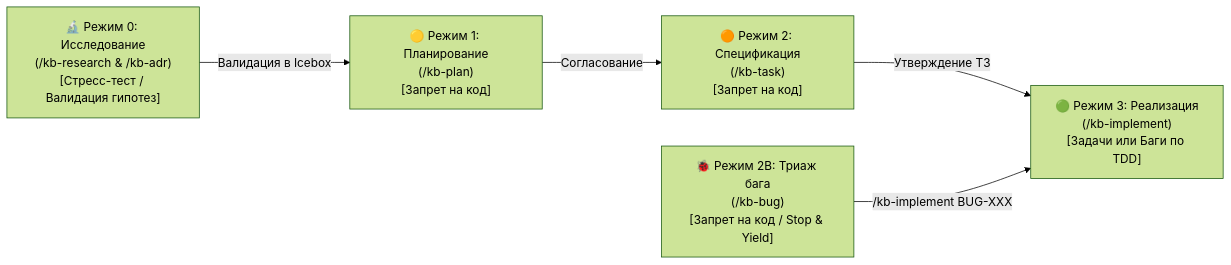
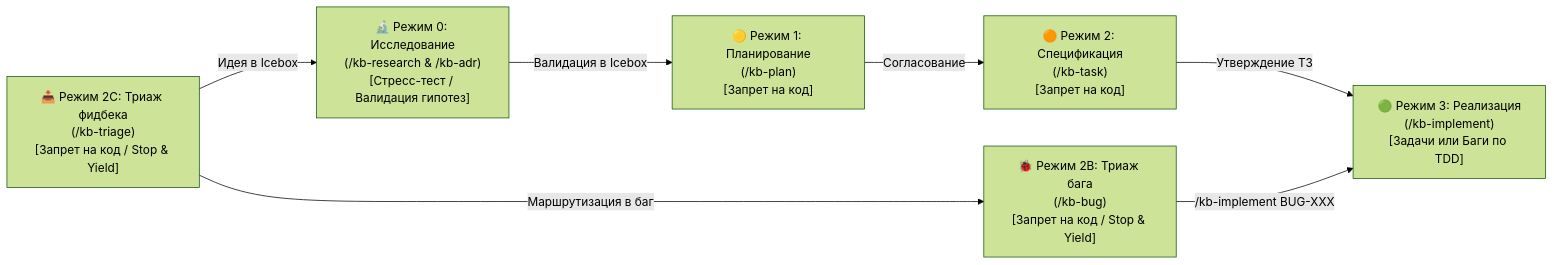
One commit to koudinie101-png/agent-docs-harness changed the diagram in docs/Onboarding.md. Above: the diagram before and after it, drawn with Mermaid (forest theme). The commit also changed other lines of this file and 10 other files, not shown here.

````diff
--- a/docs/Onboarding.md
+++ b/docs/Onboarding.md
@@ -38,13 +38,16 @@
 ```mermaid
 flowchart LR
     Mode0["🔬 Режим 0: Исследование\n(/kb-research & /kb-adr)\n[Стресс-тест / Валидация гипотез]"]
     Mode1["🟡 Режим 1: Планирование\n(/kb-plan)\n[Запрет на код]"]
     Mode2["🟠 Режим 2: Спецификация\n(/kb-task)\n[Запрет на код]"]
     Mode2B["🐞 Режим 2B: Триаж бага\n(/kb-bug)\n[Запрет на код / Stop & Yield]"]
+    Mode2C["📥 Режим 2C: Триаж фидбека\n(/kb-triage)\n[Запрет на код / Stop & Yield]"]
     Mode3["🟢 Режим 3: Реализация\n(/kb-implement)\n[Задачи или Баги по TDD]"]
 
     Mode0 -->|Валидация в Icebox| Mode1
     Mode1 -->|Согласование| Mode2
     Mode2 -->|Утверждение ТЗ| Mode3
     Mode2B -->|/kb-implement BUG-XXX| Mode3
+    Mode2C -->|Маршрутизация в баг| Mode2B
+    Mode2C -->|Идея в Icebox| Mode0
 ```
````
